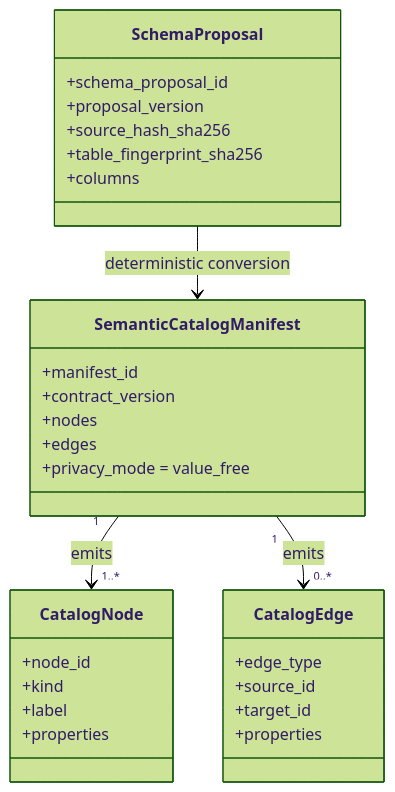
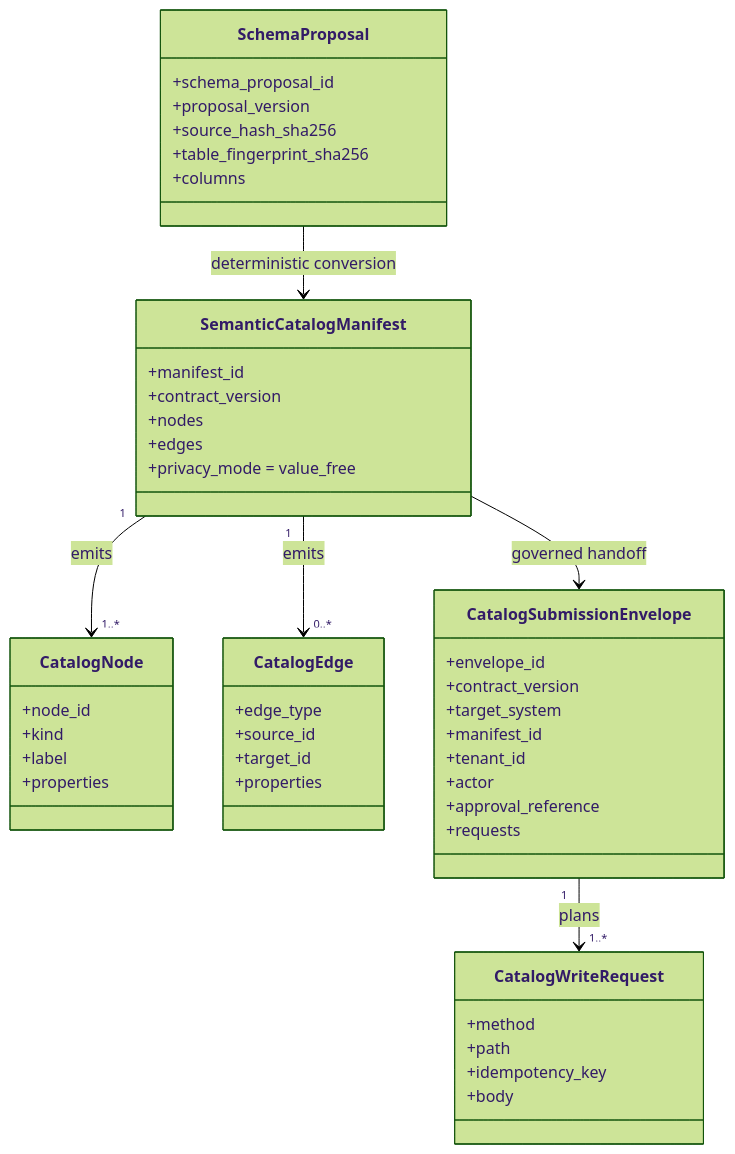
One commit to ContextualWisdomLab/mhtml-etl-gateway changed the second of 4 diagrams in docs/ERD.md. Above: the diagram before and after it, drawn with Mermaid (forest theme). The commit also changed other lines of this file and 25 other files, not shown here.

First line of the commit message:
feat: add governed semantic catalog handoff (#15)

````diff
--- a/docs/ERD.md
+++ b/docs/ERD.md
@@ -53,33 +53,51 @@
 ```mermaid
 classDiagram
     class SchemaProposal {
       +schema_proposal_id
       +proposal_version
       +source_hash_sha256
       +table_fingerprint_sha256
       +columns
     }
     class SemanticCatalogManifest {
       +manifest_id
       +contract_version
       +nodes
       +edges
       +privacy_mode = value_free
     }
     class CatalogNode {
       +node_id
       +kind
       +label
       +properties
     }
     class CatalogEdge {
       +edge_type
       +source_id
       +target_id
       +properties
     }
+    class CatalogSubmissionEnvelope {
+      +envelope_id
+      +contract_version
+      +target_system
+      +manifest_id
+      +tenant_id
+      +actor
+      +approval_reference
+      +requests
+    }
+    class CatalogWriteRequest {
+      +method
+      +path
+      +idempotency_key
+      +body
+    }
 
     SchemaProposal --> SemanticCatalogManifest : deterministic conversion
     SemanticCatalogManifest "1" --> "1..*" CatalogNode : emits
     SemanticCatalogManifest "1" --> "0..*" CatalogEdge : emits
+    SemanticCatalogManifest --> CatalogSubmissionEnvelope : governed handoff
+    CatalogSubmissionEnvelope "1" --> "1..*" CatalogWriteRequest : plans
 ```
````
